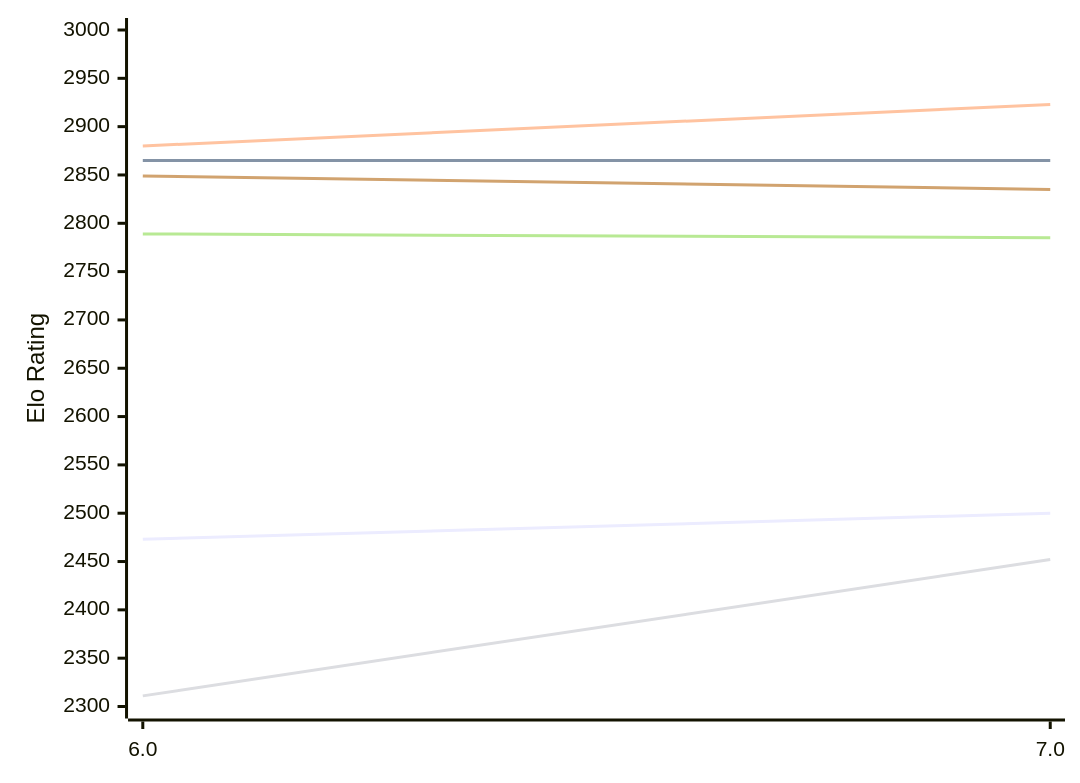
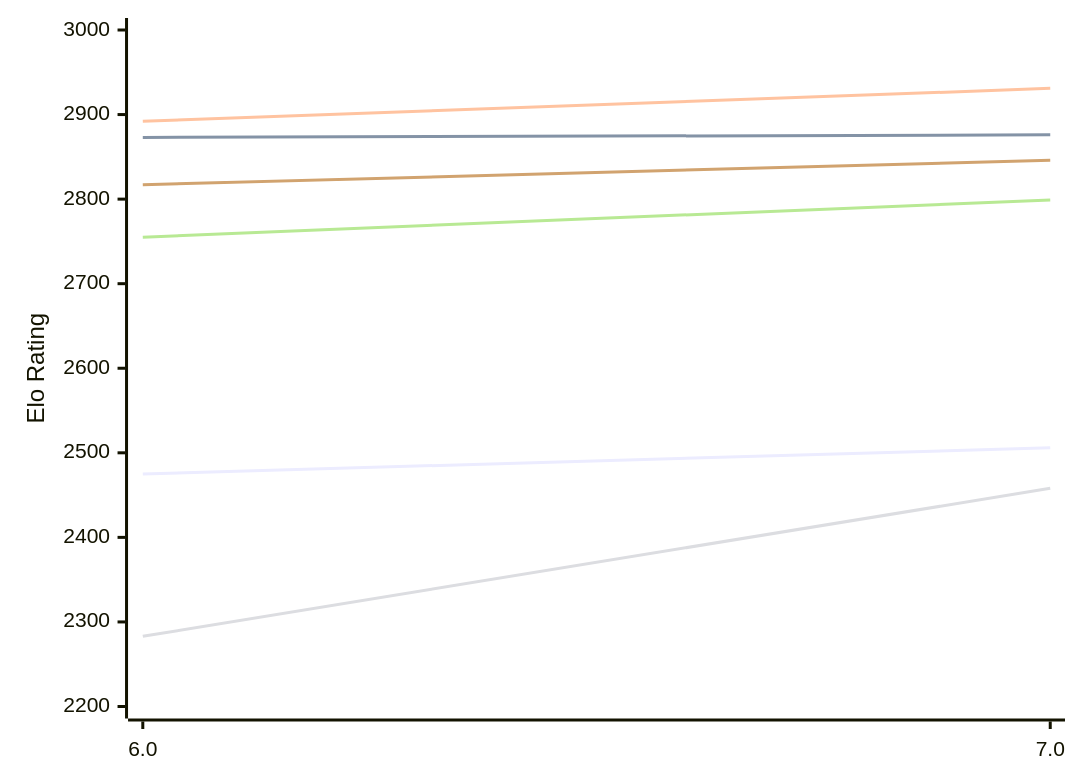
One commit to computer-chess-index/cci changed the first of 2 diagrams in engines/tomitankChess.md. Above: the diagram before and after it, drawn with Mermaid. The commit also changed other lines of this file, not shown here.

Commit message:
Update CCI Ratings (ELO VLTC) - 2026-11-16

````diff
--- a/engines/tomitankChess.md
+++ b/engines/tomitankChess.md
@@ -51,12 +51,12 @@
 ```mermaid
 %%{init: {"theme":"base","themeVariables":{"seriesColors:['#a3a3a3','#222221','#faa371']}}}%%
 xychart-beta
   x-axis ["6.0", "7.0"]
-  y-axis "Elo Rating" 2300 --> 3000
-  line "E1: STC (8.0+0.08s)" [2473, 2500]
-  line "E1: LTC (60.0+0.60s)" [2865, 2865]
-  line "E1: VLTC (2m24s+1.12s)" [2880, 2923]
-  line "P1: STC (8.0+0.08s)" [2311, 2452]
-  line "P1: LTC (60.0+0.60s)" [2789, 2785]
-  line "P1: VLTC (2m24s+1.12s)" [2849, 2835]
+  y-axis "Elo Rating" 2200 --> 3000
+  line "E1: STC (8.0+0.08s)" [2475, 2506]
+  line "E1: LTC (60.0+0.60s)" [2873, 2876]
+  line "E1: VLTC (2m24s+1.12s)" [2892, 2931]
+  line "P1: STC (8.0+0.08s)" [2283, 2458]
+  line "P1: LTC (60.0+0.60s)" [2755, 2799]
+  line "P1: VLTC (2m24s+1.12s)" [2817, 2846]
 ```
````
